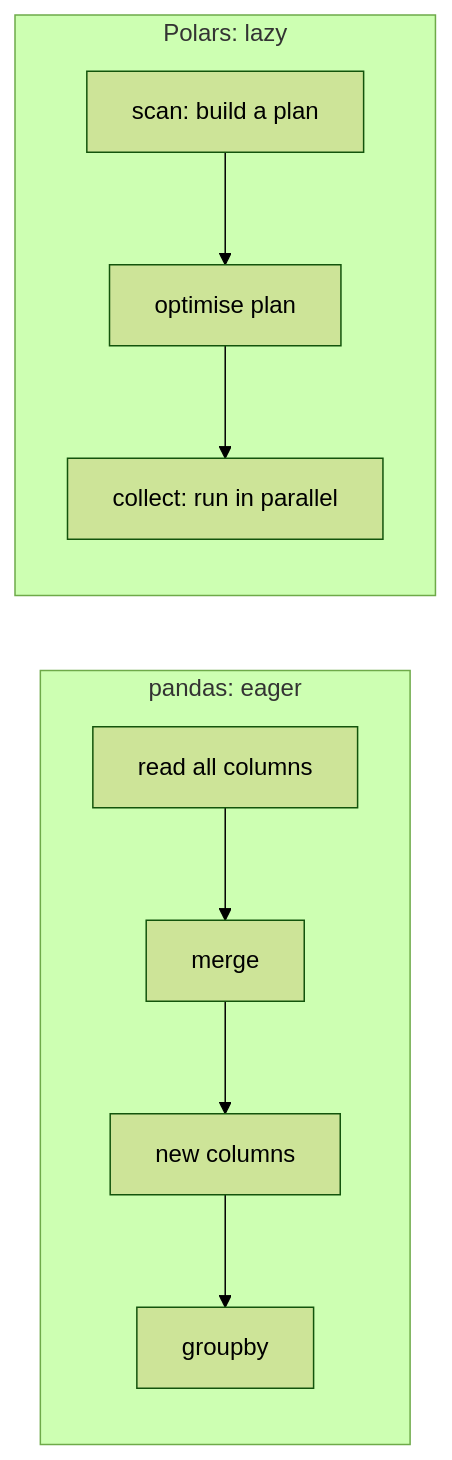
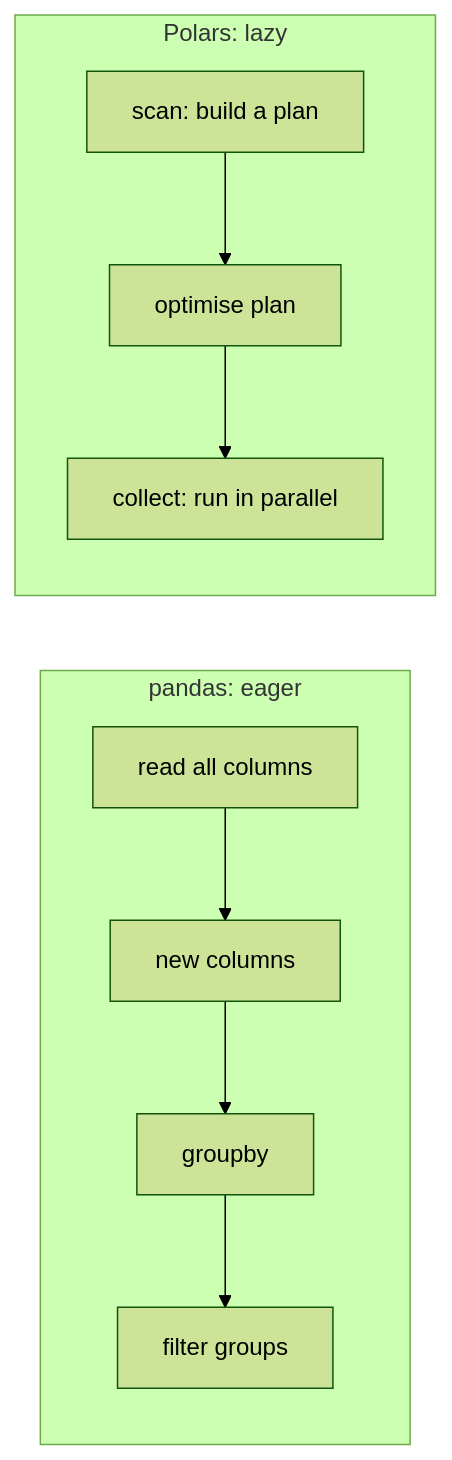
One commit to khoadaniel/statistical-programming-mpmd-htw-ws-2026 changed the first of 3 diagrams in sessions/03-sql-and-polars/theory/03-polars-and-choosing-a-tool.md. Above: the diagram before and after it, drawn with Mermaid (forest theme). The commit also changed other lines of this file and 268 other files, not shown here.

````diff
--- a/sessions/03-sql-and-polars/theory/03-polars-and-choosing-a-tool.md
+++ b/sessions/03-sql-and-polars/theory/03-polars-and-choosing-a-tool.md
@@ -5,9 +5,9 @@
 ```mermaid
 flowchart LR
     subgraph Eager["pandas: eager"]
-        A1["read all columns"] --> A2["merge"] --> A3["new columns"] --> A4["groupby"]
+        A1["read all columns"] --> A2["new columns"] --> A3["groupby"] --> A4["filter groups"]
     end
     subgraph Lazy["Polars: lazy"]
         B1["scan: build a plan"] --> B2["optimise plan"] --> B3["collect: run in parallel"]
     end
 ```
````
